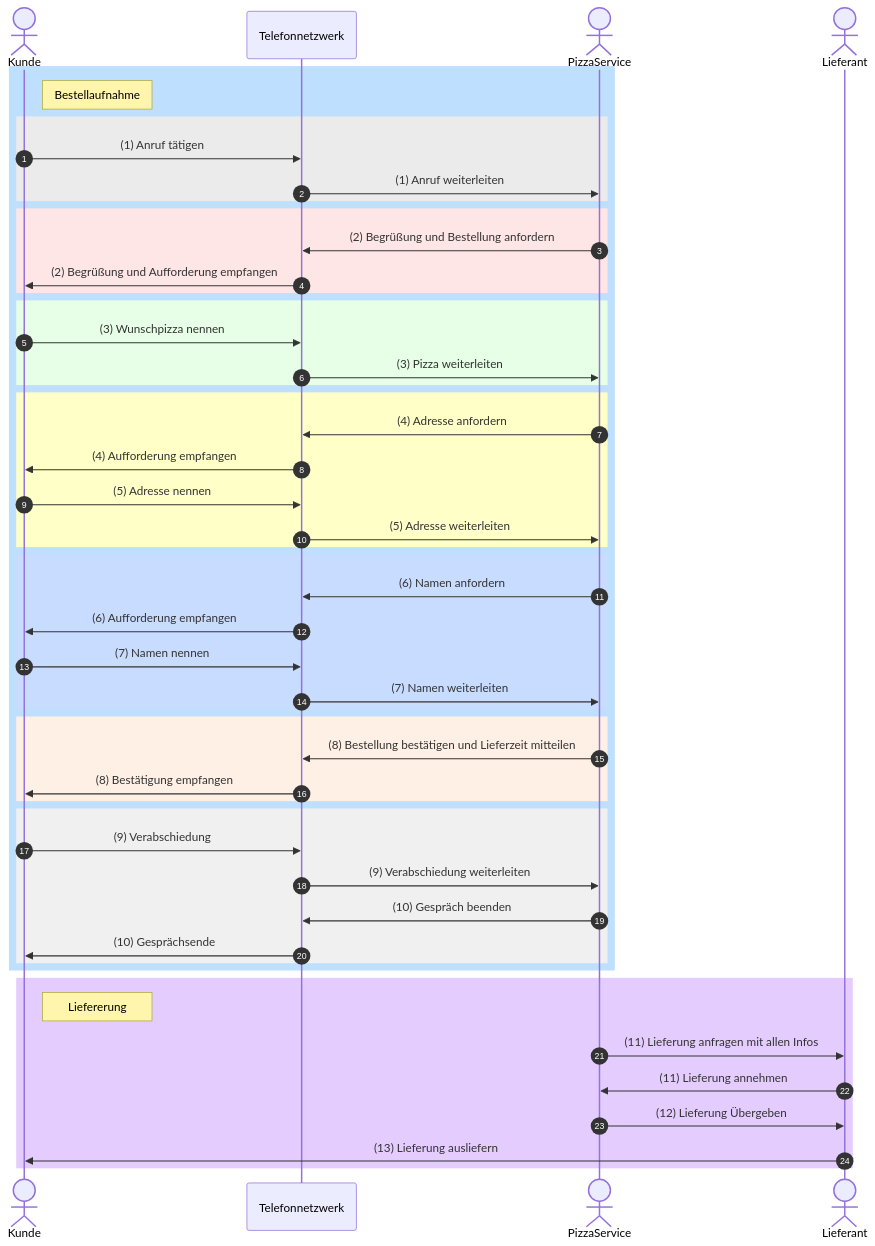
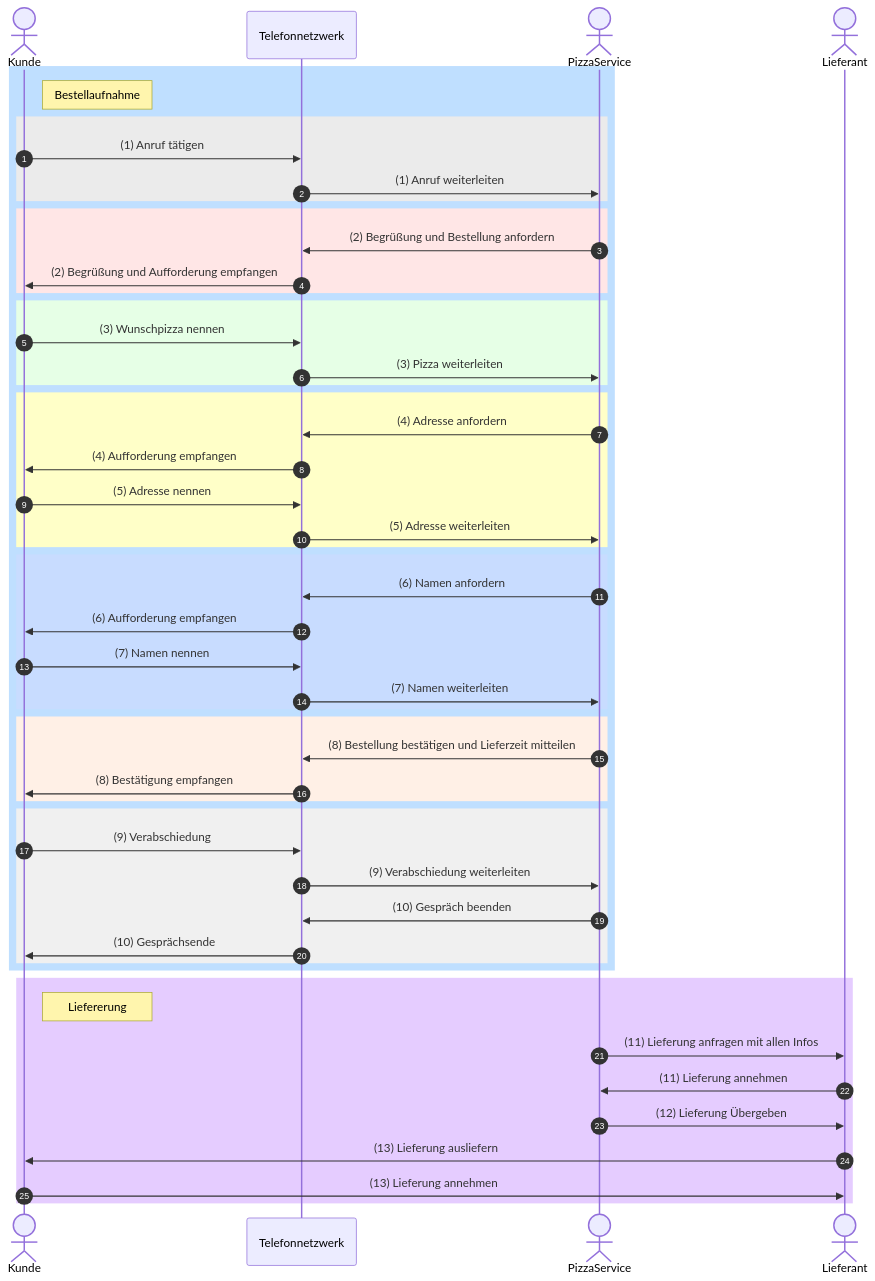
The third of 6 diagrams in content/4.Semester/Informatik/RNVS/RNVS-Übungblätter/ÜB 02/RNVS-Blatt-02.md (noluyorAbi/quartzDeployment), drawn with Mermaid before and after one commit. The commit also changed other lines of this file, not shown here.

````diff
--- a/content/4.Semester/Informatik/RNVS/RNVS-Übungblätter/ÜB 02/RNVS-Blatt-02.md
+++ b/content/4.Semester/Informatik/RNVS/RNVS-Übungblätter/ÜB 02/RNVS-Blatt-02.md
@@ -101,59 +104,60 @@
 ```mermaid
 sequenceDiagram
 	autonumber
  rect rgb(191, 223, 255)
     Actor Kunde
 	note right of Kunde: Bestellaufnahme
     participant Telefonnetzwerk
     Actor PizzaService
     Actor Lieferant
 
     rect rgb(235, 235, 235)
     Kunde->>Telefonnetzwerk: (1) Anruf tätigen
     Telefonnetzwerk->>PizzaService: (1) Anruf weiterleiten
     end
 
     rect rgb(255, 230, 230)
     PizzaService->>Telefonnetzwerk: (2) Begrüßung und Bestellung anfordern
     Telefonnetzwerk->>Kunde: (2) Begrüßung und Aufforderung empfangen
     end
 
     rect rgb(230, 255, 230)
     Kunde->>Telefonnetzwerk: (3) Wunschpizza nennen
     Telefonnetzwerk->>PizzaService: (3) Pizza weiterleiten
     end
 
     rect rgb(255, 255, 200)
     PizzaService->>Telefonnetzwerk: (4) Adresse anfordern
     Telefonnetzwerk->>Kunde: (4) Aufforderung empfangen
     Kunde->>Telefonnetzwerk: (5) Adresse nennen
     Telefonnetzwerk->>PizzaService: (5) Adresse weiterleiten
     end
 
     rect rgb(200, 220, 255)
     PizzaService->>Telefonnetzwerk: (6) Namen anfordern
     Telefonnetzwerk->>Kunde: (6) Aufforderung empfangen
     Kunde->>Telefonnetzwerk: (7) Namen nennen
     Telefonnetzwerk->>PizzaService: (7) Namen weiterleiten
     end
 
     rect rgb(255, 240, 230)
     PizzaService->>Telefonnetzwerk: (8) Bestellung bestätigen und Lieferzeit mitteilen
     Telefonnetzwerk->>Kunde: (8) Bestätigung empfangen
     end
 
     rect rgb(240, 240, 240)
     Kunde->>Telefonnetzwerk: (9) Verabschiedung
     Telefonnetzwerk->>PizzaService: (9) Verabschiedung weiterleiten
     PizzaService->>Telefonnetzwerk: (10) Gespräch beenden
     Telefonnetzwerk->>Kunde: (10) Gesprächsende
     end
 end
  rect rgb(229, 204, 255)
  	note right of Kunde: Liefererung
 	PizzaService->>Lieferant: (11) Lieferung anfragen mit allen Infos
 	Lieferant->>PizzaService: (11) Lieferung annehmen
 	PizzaService->>Lieferant: (12) Lieferung Übergeben
 	Lieferant->>Kunde: (13) Lieferung ausliefern
+	Kunde->>Lieferant: (13) Lieferung annehmen
 end
 ```
````
